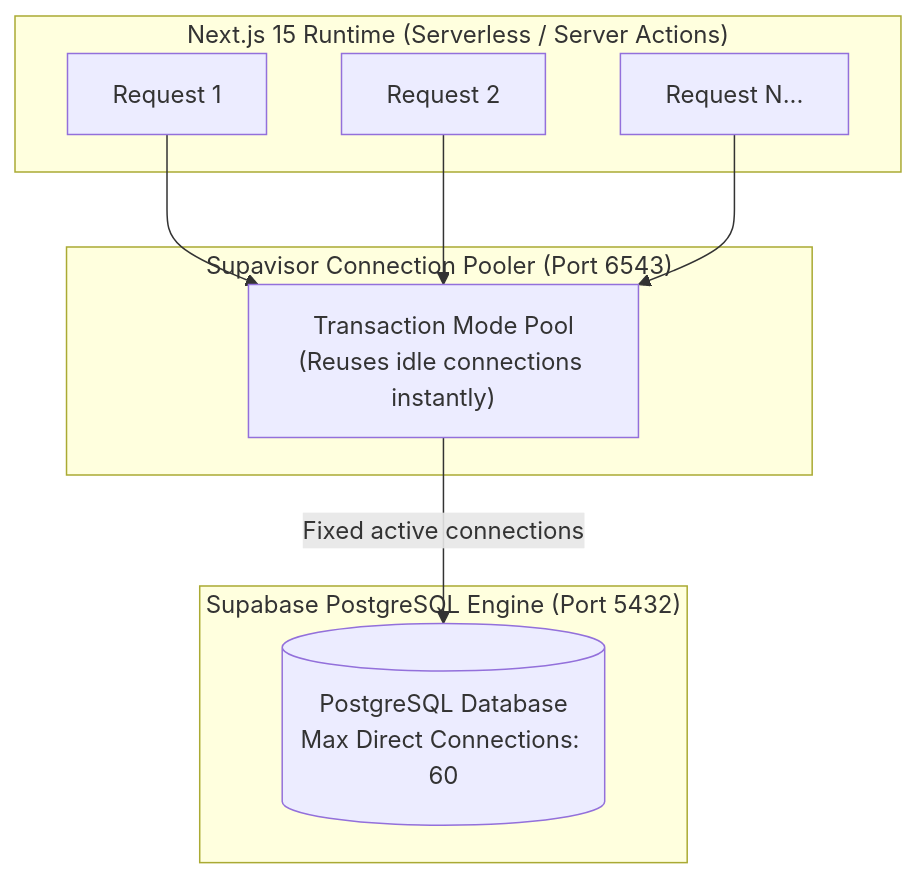
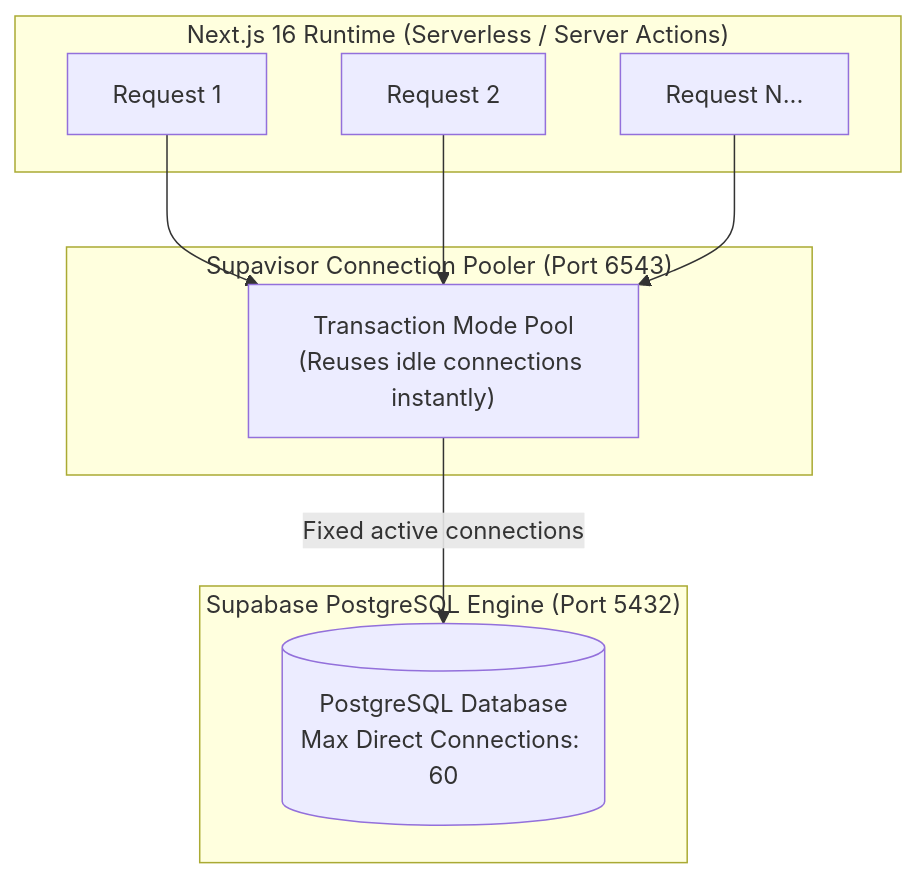
Before and after one commit to hermarDev/Abang_Cebu_AI_Group2: the second of 2 diagrams in docs/database/supabase-architecture.md, drawn with Mermaid. The commit also changed other lines of this file and 15 other files, not shown here.

````diff
--- a/docs/database/supabase-architecture.md
+++ b/docs/database/supabase-architecture.md
@@ -83,21 +83,21 @@
 ```mermaid
 flowchart TD
-    subgraph NextJSServer["Next.js 15 Runtime (Serverless / Server Actions)"]
+    subgraph NextJSServer["Next.js 16 Runtime (Serverless / Server Actions)"]
         Req1["Request 1"]
         Req2["Request 2"]
         ReqN["Request N..."]
     end
 
     subgraph Supavisor["Supavisor Connection Pooler (Port 6543)"]
         Pool["Transaction Mode Pool<br/>(Reuses idle connections instantly)"]
     end
 
     subgraph PostgreSQL["Supabase PostgreSQL Engine (Port 5432)"]
         DB[("PostgreSQL Database<br/>Max Direct Connections: 60")]
     end
 
     Req1 --> Pool
     Req2 --> Pool
     ReqN --> Pool
     Pool -->|Fixed active connections| DB
 ```
````
